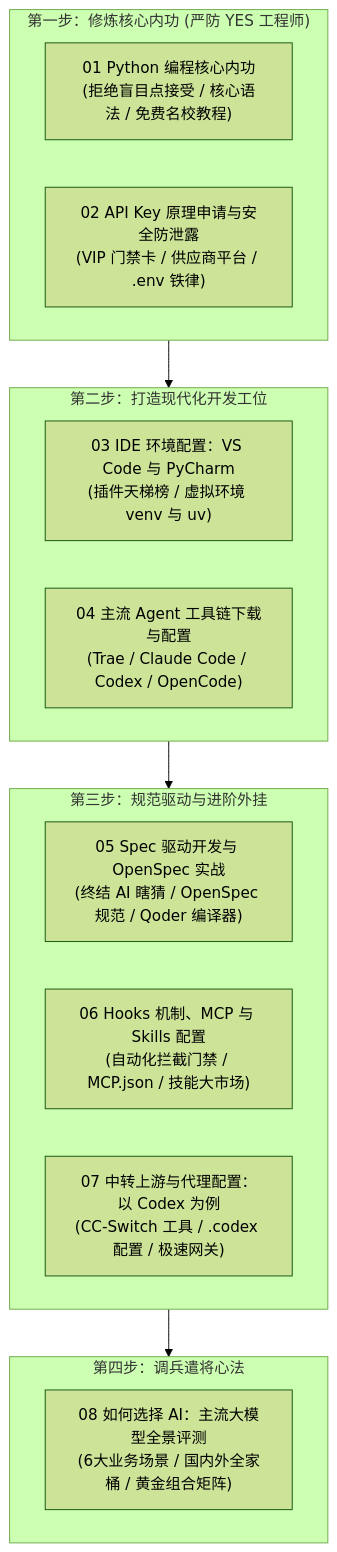
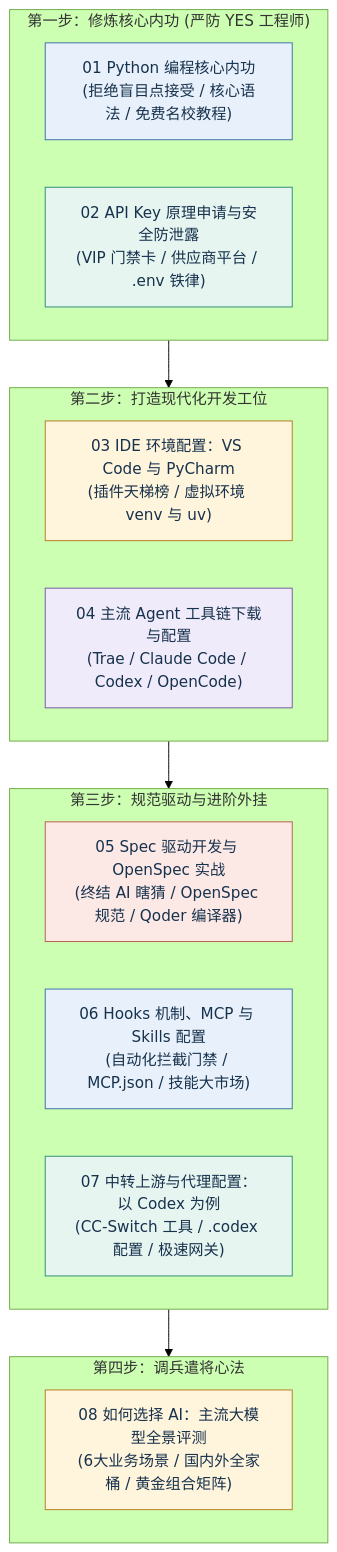
One commit to buffer121328/vibe-coding-and-agents changed the diagram in 03_脚手架搭建/img/diagrams/overview-diagram-01.mmd. Above: the diagram before and after it, drawn with Mermaid (forest theme). The commit also changed 168 other files, not shown here.

```diff
--- a/03_脚手架搭建/img/diagrams/overview-diagram-01.mmd
+++ b/03_脚手架搭建/img/diagrams/overview-diagram-01.mmd
@@ -1,24 +1,34 @@
 graph TD
     subgraph Step1 ["第一步：修炼核心内功 (严防 YES 工程师)"]
         A1["01 Python 编程核心内功\n(拒绝盲目点接受 / 核心语法 / 免费名校教程)"]
         A2["02 API Key 原理申请与安全防泄露\n(VIP 门禁卡 / 供应商平台 / .env 铁律)"]
     end
 
     subgraph Step2 ["第二步：打造现代化开发工位"]
         B1["03 IDE 环境配置：VS Code 与 PyCharm\n(插件天梯榜 / 虚拟环境 venv 与 uv)"]
         B2["04 主流 Agent 工具链下载与配置\n(Trae / Claude Code / Codex / OpenCode)"]
     end
 
     subgraph Step3 ["第三步：规范驱动与进阶外挂"]
         C1["05 Spec 驱动开发与 OpenSpec 实战\n(终结 AI 瞎猜 / OpenSpec 规范 / Qoder 编译器)"]
         C2["06 Hooks 机制、MCP 与 Skills 配置\n(自动化拦截门禁 / MCP.json / 技能大市场)"]
         C3["07 中转上游与代理配置：以 Codex 为例\n(CC-Switch 工具 / .codex 配置 / 极速网关)"]
     end
 
     subgraph Step4 ["第四步：调兵遣将心法"]
         D1["08 如何选择 AI：主流大模型全景评测\n(6大业务场景 / 国内外全家桶 / 黄金组合矩阵)"]
     end
 
     Step1 --> Step2
     Step2 --> Step3
     Step3 --> Step4
+
+%% Academic palette: restrained blue, teal, gold, violet, and coral accents.
+style A1 fill:#E8F1FB,stroke:#3A6EA5,color:#17324D
+style A2 fill:#E7F5F1,stroke:#2B8A78,color:#17324D
+style B1 fill:#FFF4DC,stroke:#B47A1F,color:#17324D
+style B2 fill:#F0EBFA,stroke:#7357A6,color:#17324D
+style C1 fill:#FCE9E6,stroke:#B65C4A,color:#17324D
+style C2 fill:#E8F1FB,stroke:#3A6EA5,color:#17324D
+style C3 fill:#E7F5F1,stroke:#2B8A78,color:#17324D
+style D1 fill:#FFF4DC,stroke:#B47A1F,color:#17324D
```
